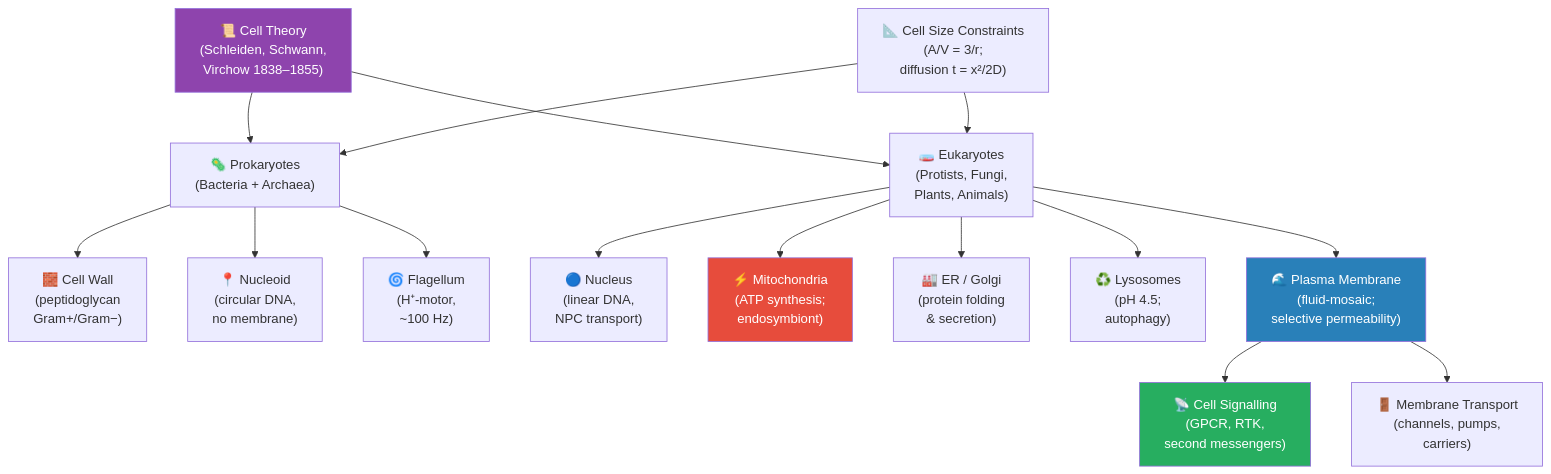
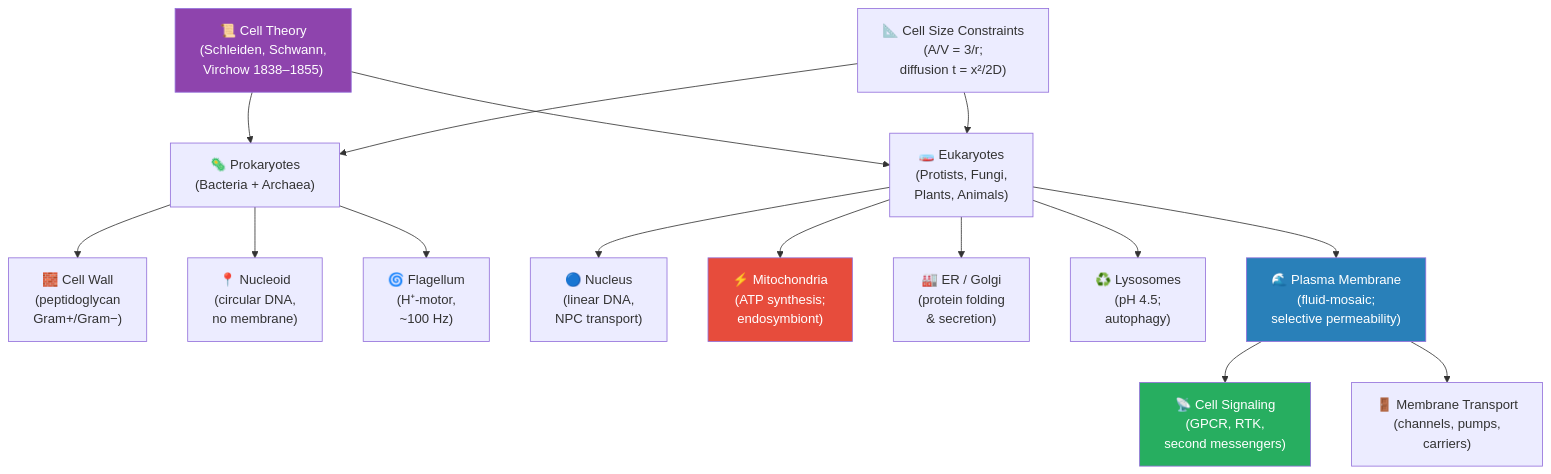
One commit to docxology/biology_textbook changed the diagram in manuscript/unit_II/unit_intro.md. Above: the diagram before and after it, drawn with Mermaid. The commit also changed other lines of this file and 247 other files, not shown here.

````diff
--- a/manuscript/unit_II/unit_intro.md
+++ b/manuscript/unit_II/unit_intro.md
@@ -46,26 +45,26 @@
 ```mermaid
 graph TD
     CT["📜 Cell Theory<br/>(Schleiden, Schwann,<br/>Virchow 1838–1855)"] --> PRO["🦠 Prokaryotes<br/>(Bacteria + Archaea)"]
     CT --> EUK["🧫 Eukaryotes<br/>(Protists, Fungi,<br/>Plants, Animals)"]
 
     PRO --> PW["🧱 Cell Wall<br/>(peptidoglycan<br/>Gram+/Gram−)"]
     PRO --> NU["📍 Nucleoid<br/>(circular DNA,<br/>no membrane)"]
     PRO --> FL["🌀 Flagellum<br/>(H⁺-motor,<br/>~100 Hz)"]
 
     EUK --> NUC["🔵 Nucleus<br/>(linear DNA,<br/>NPC transport)"]
     EUK --> MIT["⚡ Mitochondria<br/>(ATP synthesis;<br/>endosymbiont)"]
     EUK --> ER["🏭 ER / Golgi<br/>(protein folding<br/>& secretion)"]
     EUK --> LYS["♻️ Lysosomes<br/>(pH 4.5;<br/>autophagy)"]
 
     EUK --> MEMB["🌊 Plasma Membrane<br/>(fluid-mosaic;<br/>selective permeability)"]
-    MEMB --> SIG["📡 Cell Signalling<br/>(GPCR, RTK,<br/>second messengers)"]
+    MEMB --> SIG["📡 Cell Signaling<br/>(GPCR, RTK,<br/>second messengers)"]
     MEMB --> TRP["🚪 Membrane Transport<br/>(channels, pumps,<br/>carriers)"]
 
     SIZE["📐 Cell Size Constraints<br/>(A/V = 3/r;<br/>diffusion t = x²/2D)"] --> PRO
     SIZE --> EUK
 
     style CT fill:#8e44ad,color:#fff
     style MIT fill:#e74c3c,color:#fff
     style MEMB fill:#2980b9,color:#fff
     style SIG fill:#27ae60,color:#fff
 ```
````
